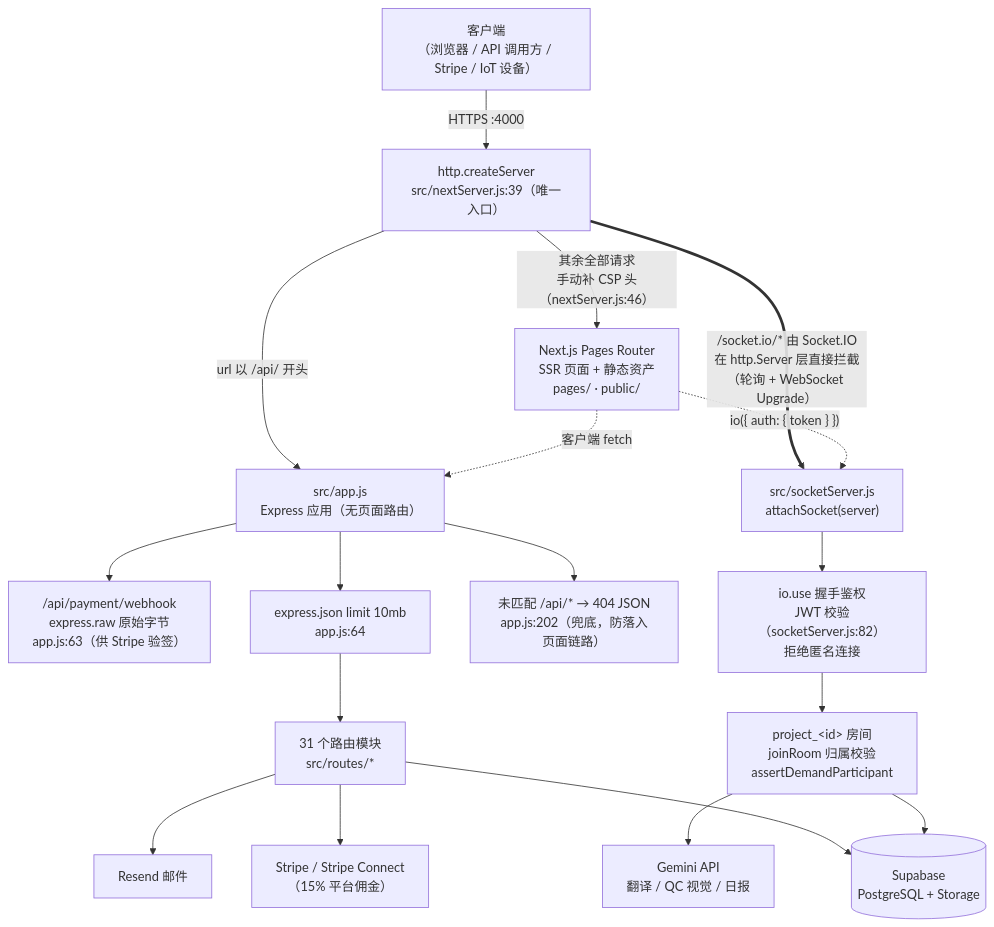
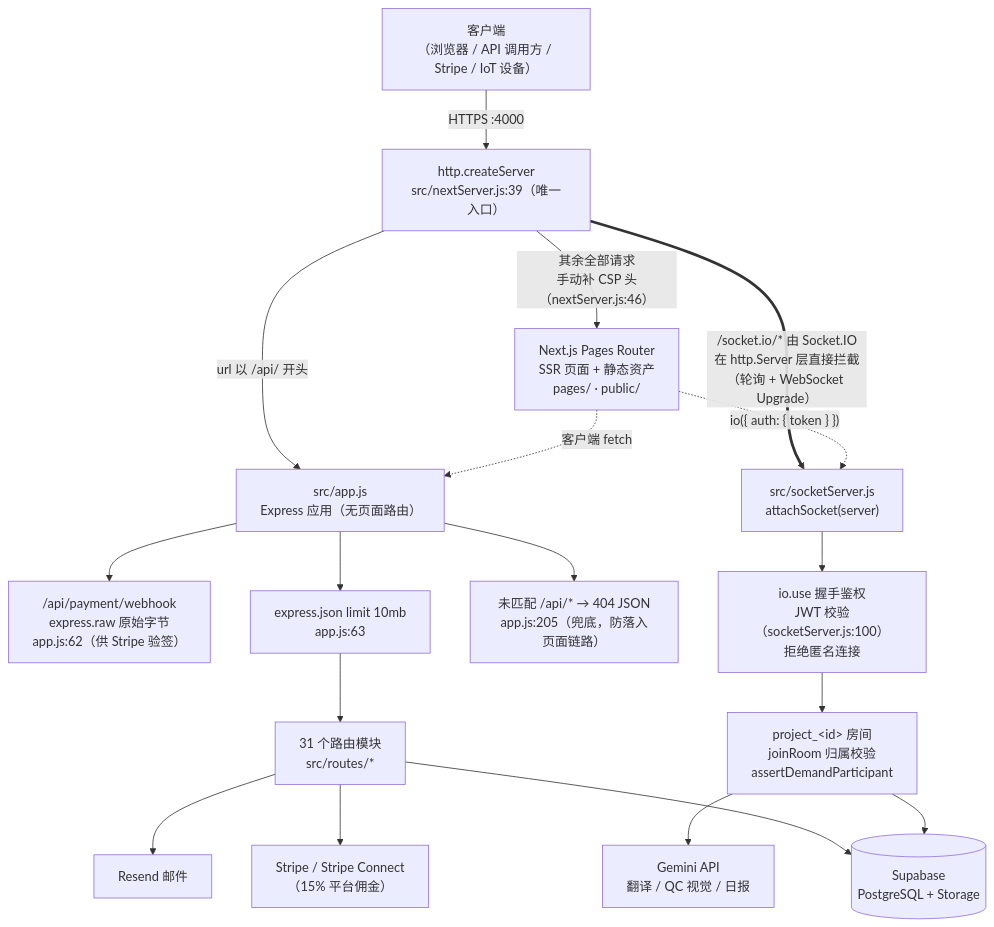
One commit to dinnar1407-code/talengineer changed the first of 2 diagrams in ARCHITECTURE.md. Above: the diagram before and after it, drawn with Mermaid. The commit also changed other lines of this file, not shown here.

````diff
--- a/ARCHITECTURE.md
+++ b/ARCHITECTURE.md
@@ -13,25 +13,25 @@
 ```mermaid
 flowchart TD
     Client["客户端<br/>（浏览器 / API 调用方 / Stripe / IoT 设备）"] -->|HTTPS :4000| HTTPServer["http.createServer<br/>src/nextServer.js:39（唯一入口）"]
 
     HTTPServer ==>|"/socket.io/* 由 Socket.IO<br/>在 http.Server 层直接拦截<br/>（轮询 + WebSocket Upgrade）"| SIO["src/socketServer.js<br/>attachSocket(server)"]
 
     HTTPServer -->|"url 以 /api/ 开头"| ExpressApp["src/app.js<br/>Express 应用（无页面路由）"]
     HTTPServer -->|"其余全部请求<br/>手动补 CSP 头（nextServer.js:46）"| NextJS["Next.js Pages Router<br/>SSR 页面 + 静态资产<br/>pages/ · public/"]
 
-    ExpressApp --> RawMw["/api/payment/webhook<br/>express.raw 原始字节<br/>app.js:63（供 Stripe 验签）"]
-    ExpressApp --> JsonMw["express.json limit 10mb<br/>app.js:64"]
+    ExpressApp --> RawMw["/api/payment/webhook<br/>express.raw 原始字节<br/>app.js:62（供 Stripe 验签）"]
+    ExpressApp --> JsonMw["express.json limit 10mb<br/>app.js:63"]
     JsonMw --> Routes["31 个路由模块<br/>src/routes/*"]
-    ExpressApp --> Api404["未匹配 /api/* → 404 JSON<br/>app.js:202（兜底，防落入页面链路）"]
+    ExpressApp --> Api404["未匹配 /api/* → 404 JSON<br/>app.js:205（兜底，防落入页面链路）"]
 
-    SIO --> Handshake["io.use 握手鉴权<br/>JWT 校验（socketServer.js:82）<br/>拒绝匿名连接"]
+    SIO --> Handshake["io.use 握手鉴权<br/>JWT 校验（socketServer.js:100）<br/>拒绝匿名连接"]
     Handshake --> Rooms["project_&lt;id&gt; 房间<br/>joinRoom 归属校验<br/>assertDemandParticipant"]
 
     Routes --> Supabase[("Supabase<br/>PostgreSQL + Storage")]
     Rooms --> Supabase
     Routes --> Stripe["Stripe / Stripe Connect<br/>（15% 平台佣金）"]
     Routes --> Resend["Resend 邮件"]
     Rooms --> Gemini["Gemini API<br/>翻译 / QC 视觉 / 日报"]
     NextJS -.->|"客户端 fetch"| ExpressApp
     NextJS -.->|"io({ auth: { token } })"| SIO
 ```
````
